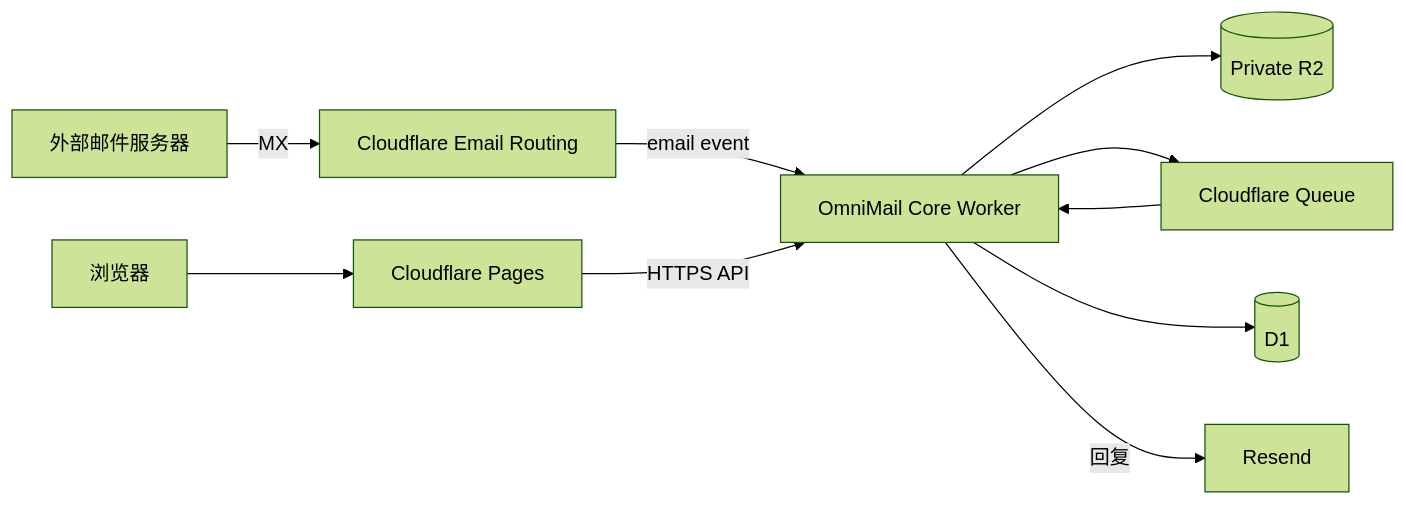
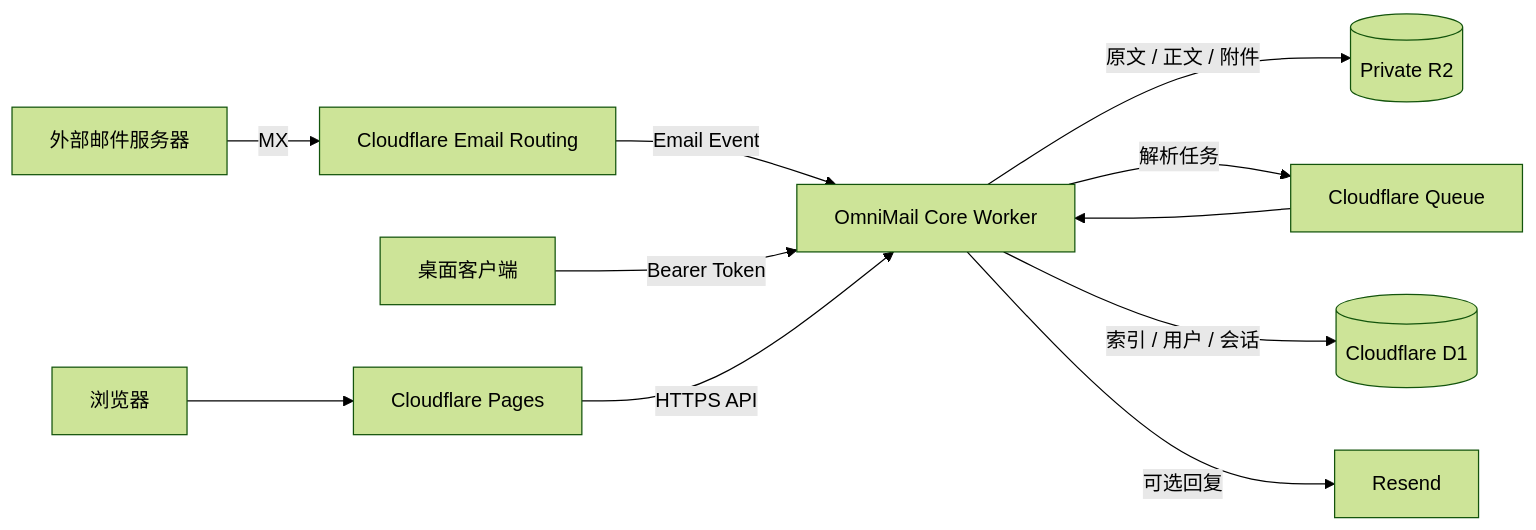
Before and after one commit to 7iook/OmniMail: the diagram in README.md, drawn with Mermaid (forest theme). The commit also changed other lines of this file, not shown here.

````diff
--- a/README.md
+++ b/README.md
@@ -41,13 +97,14 @@
 ```mermaid
 flowchart LR
-    S[外部邮件服务器] -->|MX| E[Cloudflare Email Routing]
-    E -->|email event| W[OmniMail Core Worker]
-    W --> R[(Private R2)]
-    W --> Q[Cloudflare Queue]
-    Q --> W
-    W --> D[(D1)]
+    Sender[外部邮件服务器] -->|MX| Routing[Cloudflare Email Routing]
+    Routing -->|Email Event| Worker[OmniMail Core Worker]
+    Worker -->|原文 / 正文 / 附件| R2[(Private R2)]
+    Worker -->|解析任务| Queue[Cloudflare Queue]
+    Queue --> Worker
+    Worker -->|索引 / 用户 / 会话| D1[(Cloudflare D1)]
+    Worker -->|可选回复| Resend[Resend]
 
-    B[浏览器] --> P[Cloudflare Pages]
-    P -->|HTTPS API| W
-    W -->|回复| RS[Resend]
+    Browser[浏览器] --> Pages[Cloudflare Pages]
+    Desktop[桌面客户端] -->|Bearer Token| Worker
+    Pages -->|HTTPS API| Worker
 ```
````
